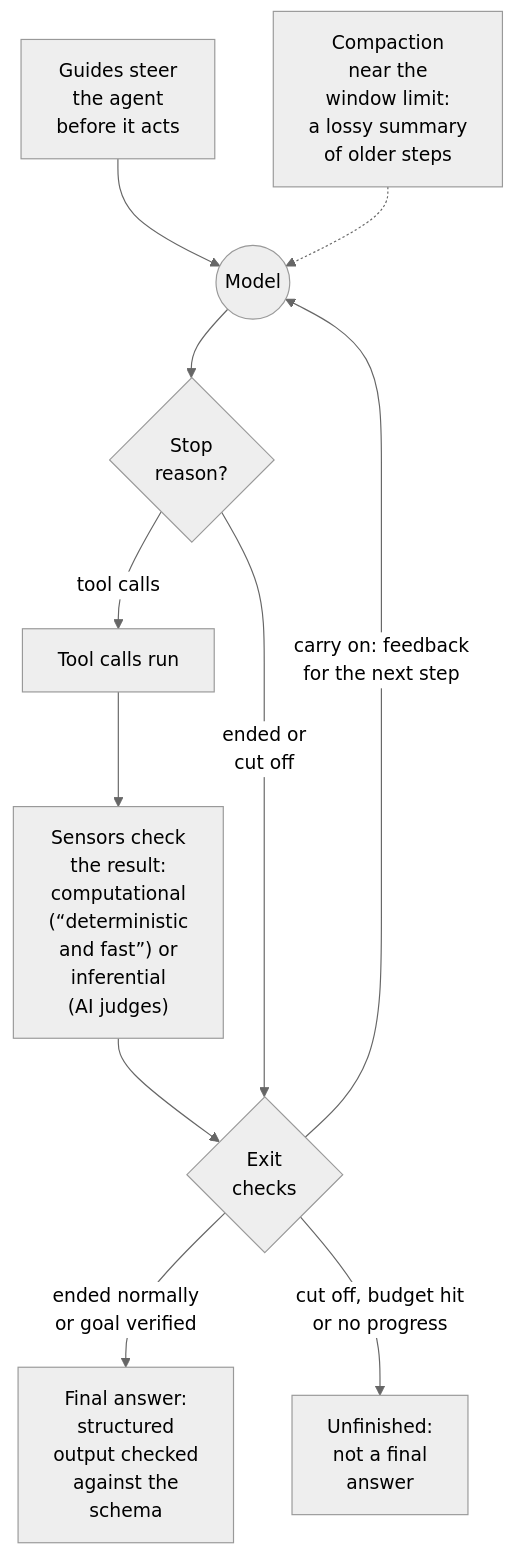
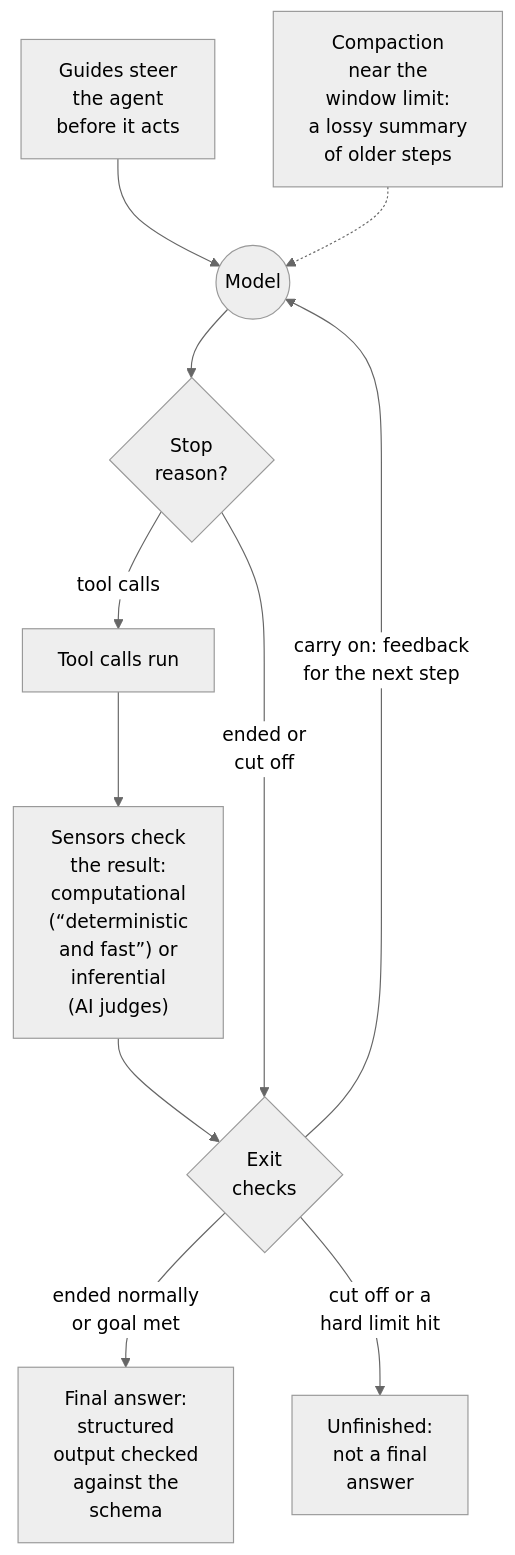
The diagram in 3-engineer/harness-engineering.md (AnilKerai/applied-ai-handbook), drawn with Mermaid (neutral theme) before and after one commit. The commit also changed other lines of this file and 5 other files, not shown here.

Commit message:
Engineer diagrams and reframes: review fixes

````diff
--- a/3-engineer/harness-engineering.md
+++ b/3-engineer/harness-engineering.md
@@ -39,13 +39,13 @@
 ```mermaid
 flowchart TD
     G["Guides steer<br/>the agent<br/>before it acts"] --> M(("Model"))
     CP["Compaction<br/>near the<br/>window limit:<br/>a lossy summary<br/>of older steps"] -.-> M
     M --> R{"Stop<br/>reason?"}
     R -- "tool calls" --> T["Tool calls run"]
     T --> SEN["Sensors check<br/>the result:<br/>computational<br/>(“deterministic<br/>and fast”) or<br/>inferential<br/>(AI judges)"]
     SEN --> X{"Exit<br/>checks"}
     R -- "ended or<br/>cut off" --> X
     X -- "carry on: feedback<br/>for the next step" --> M
-    X -- "ended normally<br/>or goal verified" --> O["Final answer:<br/>structured<br/>output checked<br/>against the<br/>schema"]
-    X -- "cut off, budget hit<br/>or no progress" --> U["Unfinished:<br/>not a final<br/>answer"]
+    X -- "ended normally<br/>or goal met" --> O["Final answer:<br/>structured<br/>output checked<br/>against the<br/>schema"]
+    X -- "cut off or a<br/>hard limit hit" --> U["Unfinished:<br/>not a final<br/>answer"]
 ```
````
